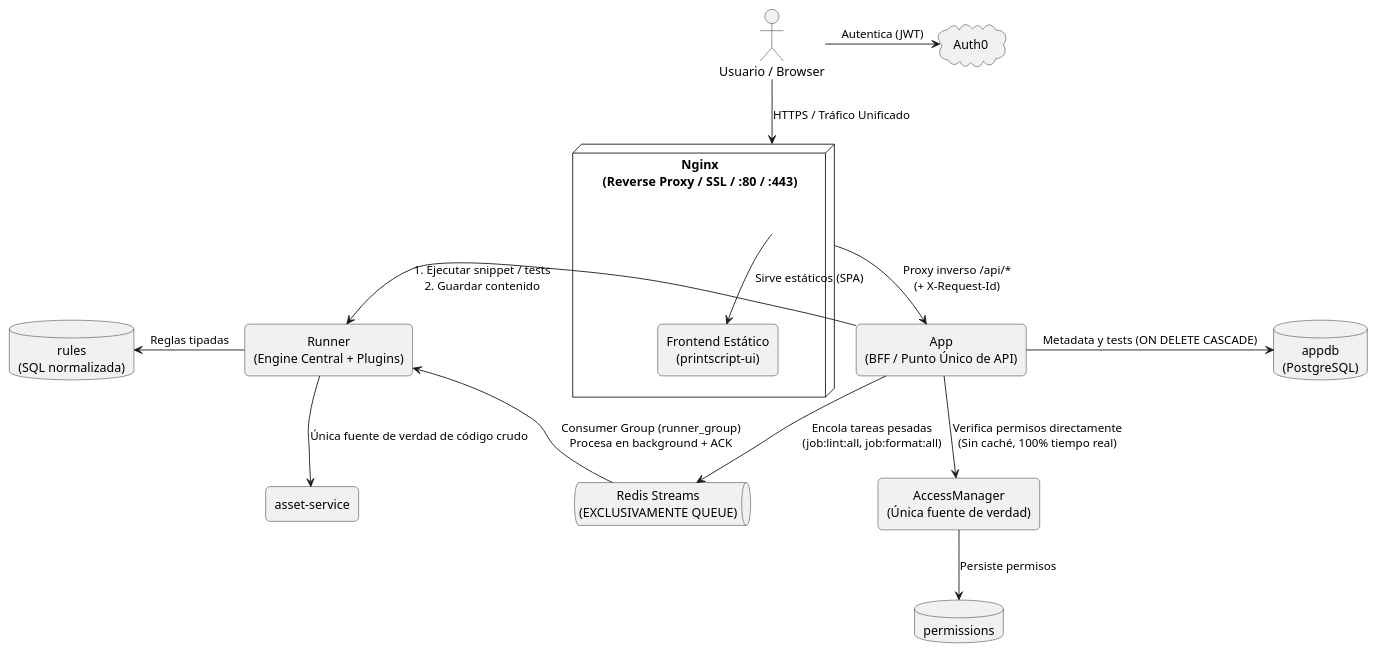
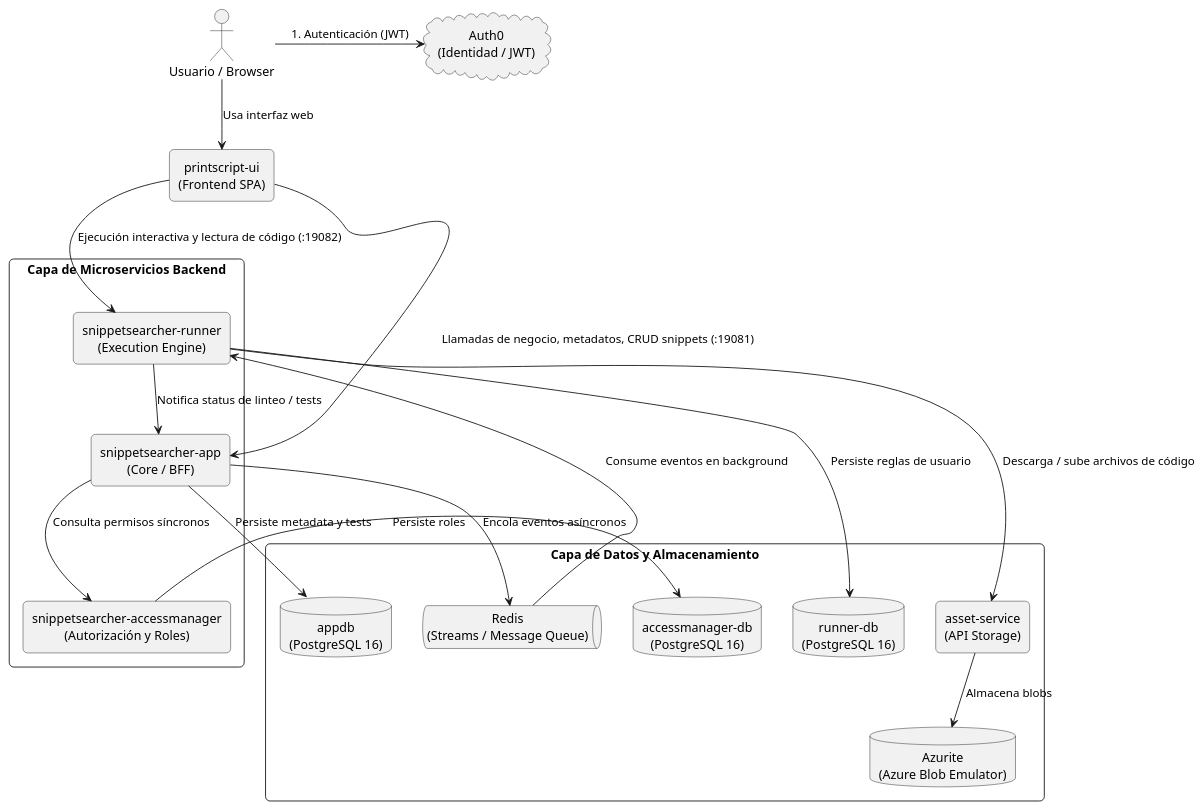
The third of 3 diagrams in Documentación/ARQUITECTURA.md (Grupo-14-INGSIS/SnippetSearcher-Infrastructure), drawn with PlantUML before and after one commit. The commit also changed other lines of this file and 5 other files, not shown here.

Commit message:
docs: add rendered architecture diagrams with and without nginx

````diff
--- a/Documentación/ARQUITECTURA.md
+++ b/Documentación/ARQUITECTURA.md
@@ -87,47 +155,46 @@
 ```plantuml
-@startuml Arquitectura_Mejorada_Optimizada
+@startuml Arquitectura_Sin_Nginx
 skinparam roundcorner 10
 skinparam defaultTextAlignment center
 skinparam shadowing false
 skinparam monochrome true
+skinparam packageStyle rectangle
 
-cloud "Auth0" as auth0
-actor "Usuario / Browser" as user
+actor "Usuario / Browser" as client
+cloud "Auth0\n(Identidad / JWT)" as auth0
+rectangle "printscript-ui\n(Frontend SPA)" as ui
 
-node "Nginx\n(Reverse Proxy / SSL / :80 / :443)" as nginx {
-    rectangle "Frontend Estático\n(printscript-ui)" as ui
+package "Capa de Microservicios Backend" {
+    rectangle "snippetsearcher-app\n(Core / BFF)" as app
+    rectangle "snippetsearcher-runner\n(Execution Engine)" as runner
+    rectangle "snippetsearcher-accessmanager\n(Autorización y Roles)" as access
 }
 
-rectangle "App\n(BFF / Punto Único de API)" as app
-rectangle "Runner\n(Engine Central + Plugins)" as runner
+package "Capa de Datos y Almacenamiento" {
+    database "appdb\n(PostgreSQL 16)" as appdb
+    database "runner-db\n(PostgreSQL 16)" as runnerdb
+    database "accessmanager-db\n(PostgreSQL 16)" as accessdb
 
-database "rules\n(SQL normalizada)" as rules
-database "appdb\n(PostgreSQL)" as appdb
+    queue "Redis\n(Streams / Message Queue)" as redis
+    rectangle "asset-service\n(API Storage)" as asset
+    database "Azurite\n(Azure Blob Emulator)" as azurite
+}
 
-rectangle "asset-service" as asset
-queue "Redis Streams\n(EXCLUSIVAMENTE QUEUE)" as redis
-rectangle "AccessManager\n(Única fuente de verdad)" as access
-database "permissions" as perms
+client -right-> auth0 : 1. Autenticación (JWT)
+client --> ui : Usa interfaz web
 
-' 1. Capa Externa y Proxy
-user -right-> auth0 : Autentica (JWT)
-user --> nginx : HTTPS / Tráfico Unificado
-nginx --> ui : Sirve estáticos (SPA)
-nginx --> app : Proxy inverso /api/*\n(+ X-Request-Id)
+ui --> app : Llamadas de negocio, metadatos, CRUD snippets (:19081)
+ui --> runner : Ejecución interactiva y lectura de código (:19082)
 
-' 2. Capa de Negocio (BFF Unidireccional)
-app -right-> appdb : Metadata y tests (ON DELETE CASCADE)
-app -left-> runner : 1. Ejecutar snippet / tests\n2. Guardar contenido
-app --> access : Verifica permisos directamente\n(Sin caché, 100% tiempo real)
-access --> perms : Persiste permisos
-
-' 3. Capa de Cómputo y Storage
-runner -left-> rules : Reglas tipadas
-runner --> asset : Única fuente de verdad de código crudo
-
-' 4. Cola Asíncrona (Exclusivamente Message Queue)
-app --> redis : Encola tareas pesadas\n(job:lint:all, job:format:all)
-redis --> runner : Consumer Group (runner_group)\nProcesa en background + ACK
+app --> access : Consulta permisos síncronos
+access --> accessdb : Persiste roles
+app --> appdb : Persiste metadata y tests
+app --> redis : Encola eventos asíncronos
+redis --> runner : Consume eventos en background
+runner --> app : Notifica status de linteo / tests
+runner --> runnerdb : Persiste reglas de usuario
+runner --> asset : Descarga / sube archivos de código
+asset --> azurite : Almacena blobs
 
 @enduml
 ```
````
